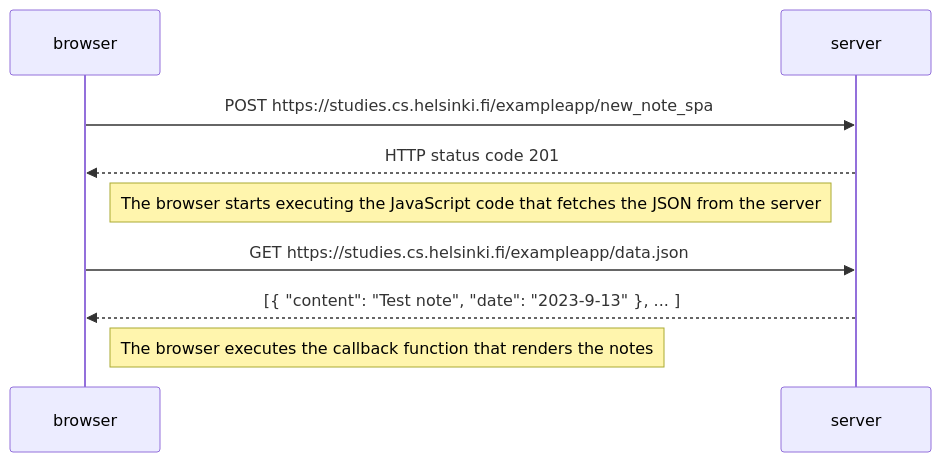
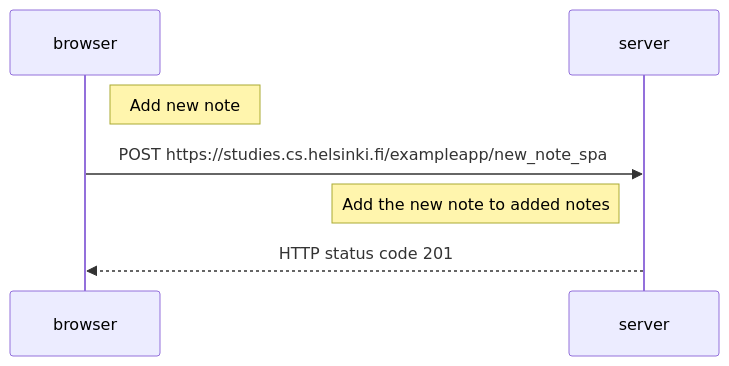
Before and after one commit to lasanthamudalige/full-stack-open-2023: the diagram in part0/0.6_new_note_in_single_page_app_diagram.md, drawn with Mermaid.

````diff
--- a/part0/0.6_new_note_in_single_page_app_diagram.md
+++ b/part0/0.6_new_note_in_single_page_app_diagram.md
@@ -1,13 +1,10 @@
 ```mermaid
  sequenceDiagram
     participant browser
     participant server
 
+    Note right of browser: Add new note
     browser->>server: POST https://studies.cs.helsinki.fi/exampleapp/new_note_spa
+    Note left of server: Add the new note to added notes
     server-->>browser:  HTTP status code 201
-
-    Note right of browser: The browser starts executing the JavaScript code that fetches the JSON from the server   
-    browser->>server: GET https://studies.cs.helsinki.fi/exampleapp/data.json
-    server-->>browser: [{ "content": "Test note", "date": "2023-9-13" }, ... ]
-    Note right of browser: The browser executes the callback function that renders the notes
 ```
````
